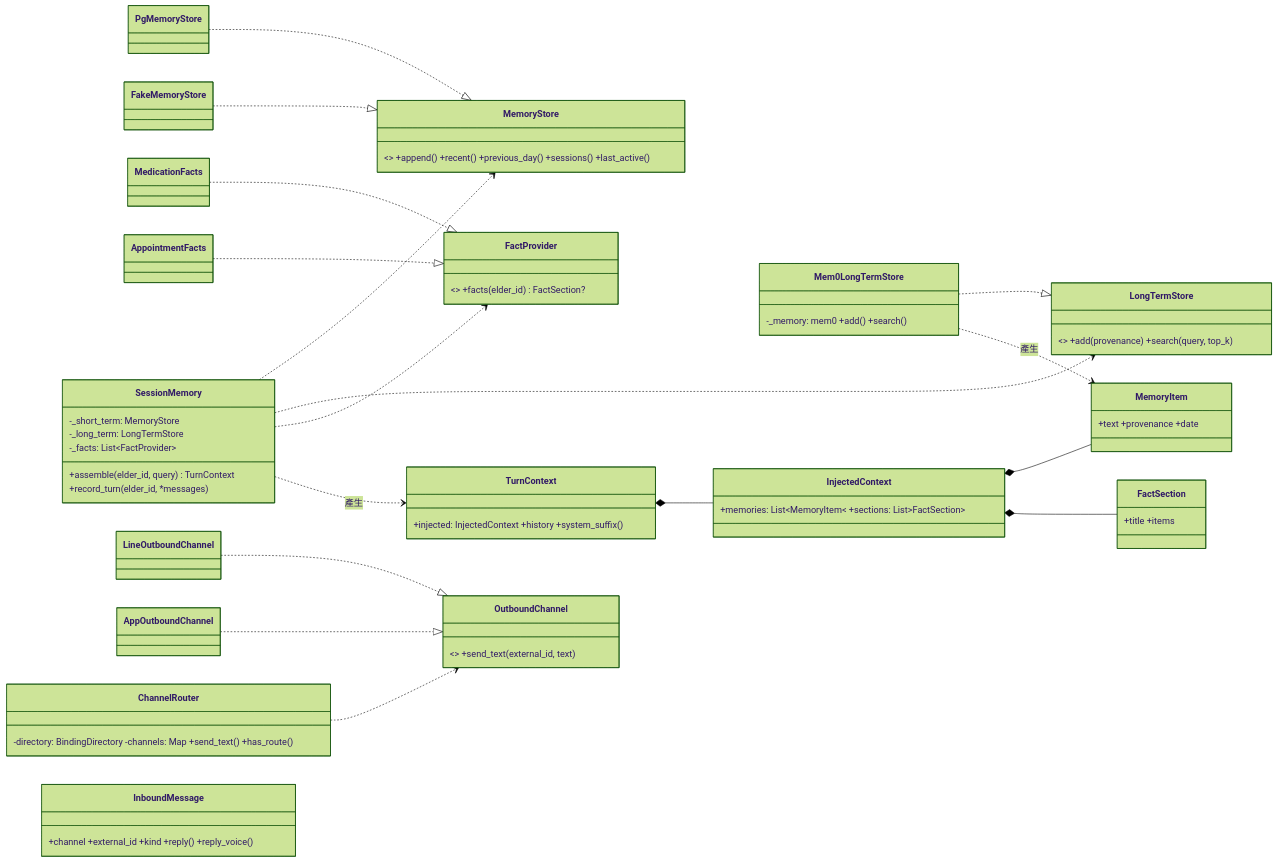
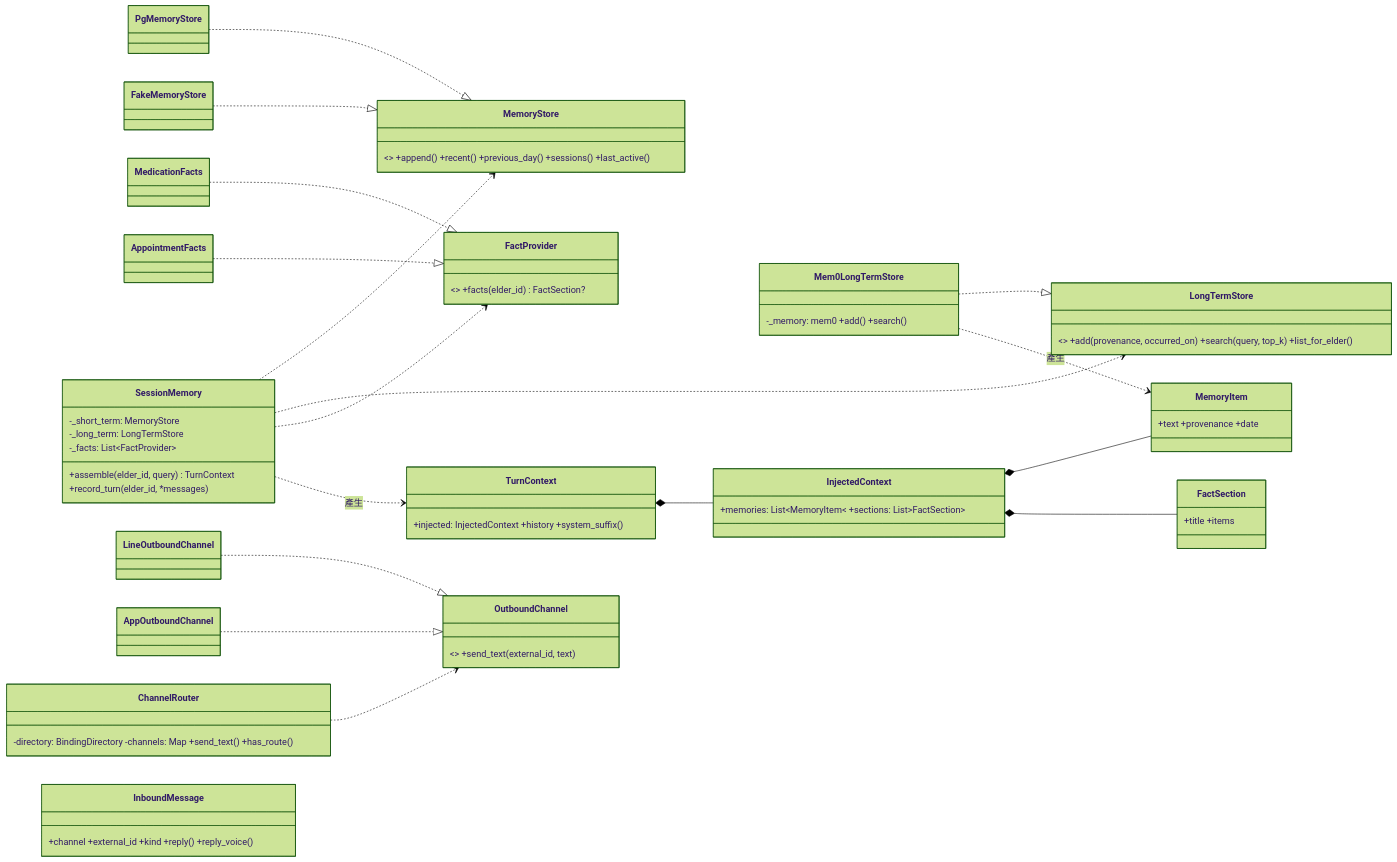
The third of 6 diagrams in docs/dev/10_類別關係.md (leo53021313/kinsun), drawn with Mermaid (forest theme) before and after one commit. The commit also changed other lines of this file and 16 other files, not shown here.

````diff
--- a/docs/dev/10_類別關係.md
+++ b/docs/dev/10_類別關係.md
@@ -144,45 +144,45 @@
 ```mermaid
 classDiagram
     direction LR
     class SessionMemory {
         -_short_term: MemoryStore
         -_long_term: LongTermStore
         -_facts: List~FactProvider~
         +assemble(elder_id, query) TurnContext
         +record_turn(elder_id, *messages)
     }
     class MemoryStore { <<Protocol>> +append() +recent() +previous_day() +sessions() +last_active() }
     class PgMemoryStore
     class FakeMemoryStore
-    class LongTermStore { <<Protocol>> +add(provenance) +search(query, top_k) }
+    class LongTermStore { <<Protocol>> +add(provenance, occurred_on) +search(query, top_k) +list_for_elder() }
     class Mem0LongTermStore { -_memory: mem0 +add() +search() }
     class FactProvider { <<Protocol>> +facts(elder_id) FactSection? }
     class MedicationFacts
     class AppointmentFacts
     class TurnContext { +injected: InjectedContext +history +system_suffix() }
     class InjectedContext { +memories: List~MemoryItem~ +sections: List~FactSection~ }
     class MemoryItem { +text +provenance +date }
     class FactSection { +title +items }
     class ChannelRouter { -directory: BindingDirectory -channels: Map +send_text() +has_route() }
     class OutboundChannel { <<Protocol>> +send_text(external_id, text) }
     class LineOutboundChannel
     class AppOutboundChannel
     class InboundMessage { +channel +external_id +kind +reply() +reply_voice() }
 
     PgMemoryStore ..|> MemoryStore
     FakeMemoryStore ..|> MemoryStore
     Mem0LongTermStore ..|> LongTermStore
     MedicationFacts ..|> FactProvider
     AppointmentFacts ..|> FactProvider
     SessionMemory ..> MemoryStore
     SessionMemory ..> LongTermStore
     SessionMemory ..> FactProvider
     SessionMemory ..> TurnContext : 產生
     TurnContext *-- InjectedContext
     InjectedContext *-- MemoryItem
     InjectedContext *-- FactSection
     Mem0LongTermStore ..> MemoryItem : 產生
     LineOutboundChannel ..|> OutboundChannel
     AppOutboundChannel ..|> OutboundChannel
     ChannelRouter ..> OutboundChannel
 ```
````
